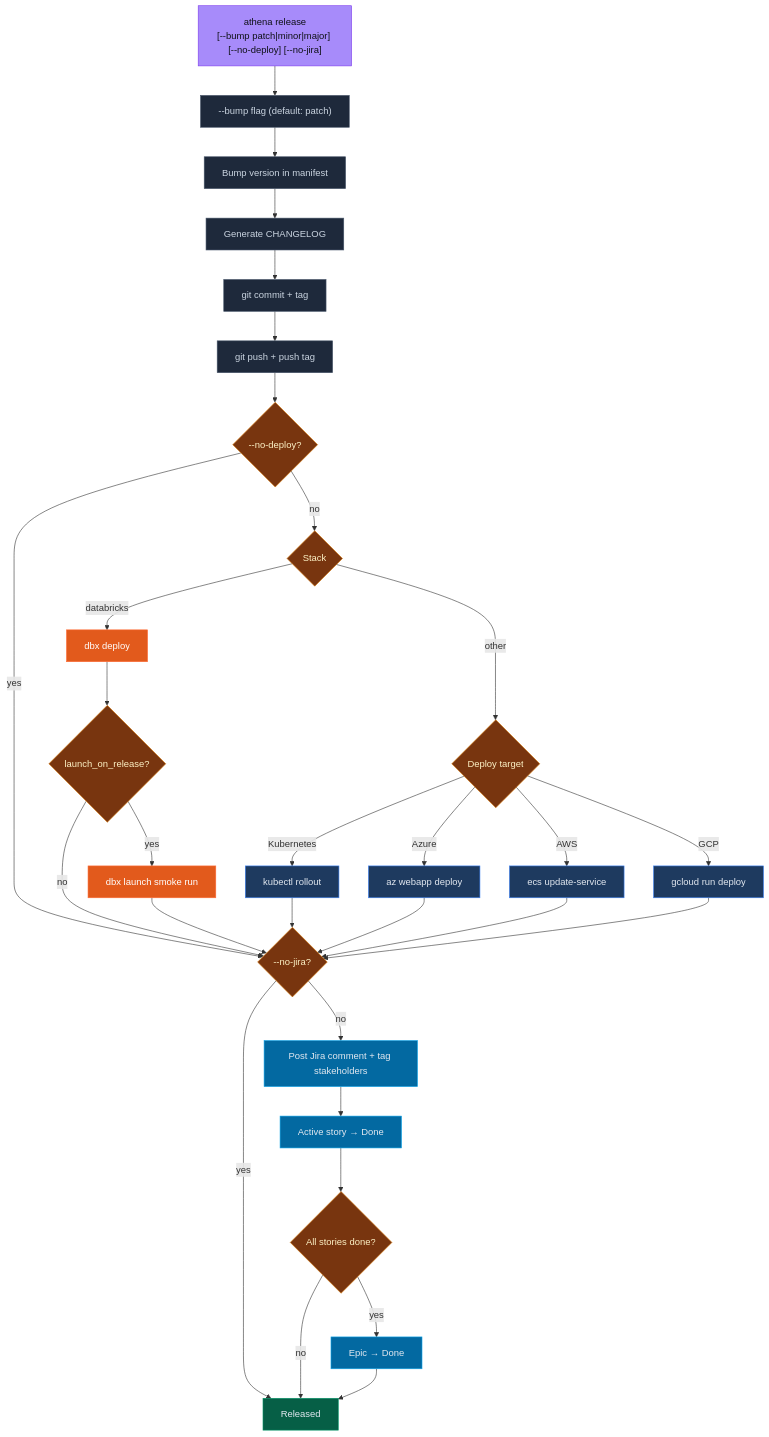
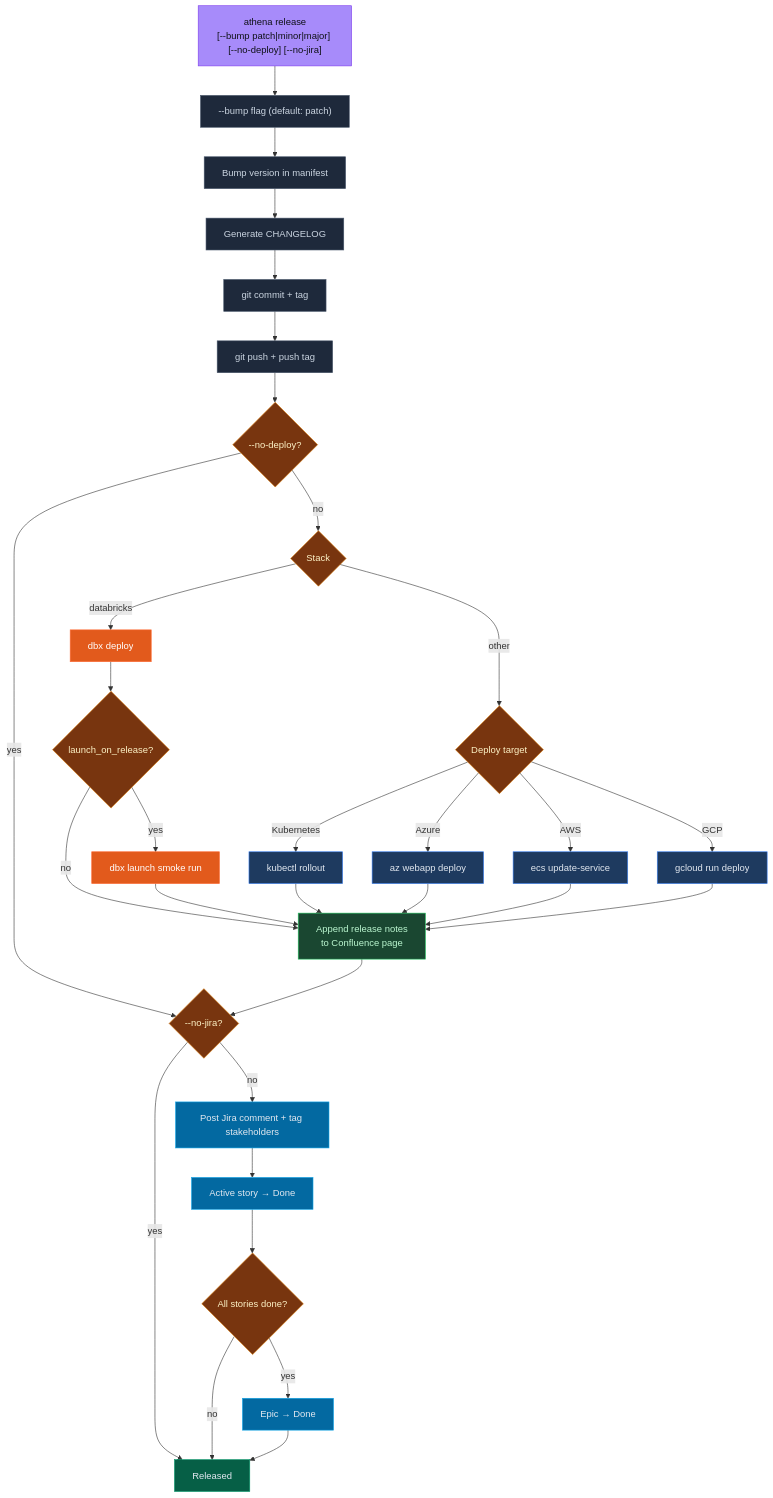
One commit to erosrage/Athena changed the fifth of 7 diagrams in README.md. Above: the diagram before and after it, drawn with Mermaid. The commit also changed other lines of this file and 6 other files, not shown here.

````diff
--- a/README.md
+++ b/README.md
@@ -230,37 +224,39 @@
 ```mermaid
 flowchart TD
     A["athena release\n[--bump patch|minor|major] [--no-deploy] [--no-jira]"]:::entry
     A --> B["--bump flag (default: patch)"]:::action
     B --> C["Bump version in manifest"]:::action
     C --> D["Generate CHANGELOG"]:::action
     D --> E["git commit + tag"]:::action
     E --> F["git push + push tag"]:::action
     F --> ND{"--no-deploy?"}:::decision
     ND -->|"yes"| NJ
     ND -->|"no"| ST{"Stack"}:::decision
     ST -->|"databricks"| DB1["dbx deploy"]:::dbx
     DB1 --> DB2{"launch_on_release?"}:::decision
     DB2 -->|"yes"| DB3["dbx launch smoke run"]:::dbx
-    DB2 -->|"no"| NJ
-    DB3 --> NJ
+    DB2 -->|"no"| WK
+    DB3 --> WK
     ST -->|"other"| G{"Deploy target"}:::decision
     G -->|"Kubernetes"| H1["kubectl rollout"]:::deploy
     G -->|"Azure"| H2["az webapp deploy"]:::deploy
     G -->|"AWS"| H3["ecs update-service"]:::deploy
     G -->|"GCP"| H4["gcloud run deploy"]:::deploy
-    H1 & H2 & H3 & H4 --> NJ{"--no-jira?"}:::decision
+    H1 & H2 & H3 & H4 --> WK["Append release notes\nto Confluence page"]:::wiki
+    WK --> NJ{"--no-jira?"}:::decision
     NJ -->|"yes"| Z["Released"]:::done
     NJ -->|"no"| JC["Post Jira comment + tag stakeholders"]:::jira
     JC --> JS["Active story → Done"]:::jira
     JS --> JE{"All stories done?"}:::decision
     JE -->|"yes"| JED["Epic → Done"]:::jira
     JE -->|"no"| Z
     JED --> Z
     classDef entry fill:#a78bfa,stroke:#7c3aed,color:#0f1117
     classDef action fill:#1e293b,stroke:#475569,color:#cbd5e1
     classDef decision fill:#78350f,stroke:#d97706,color:#fef3c7
     classDef deploy fill:#1e3a5f,stroke:#3b82f6,color:#e2e8f0
     classDef done fill:#065f46,stroke:#059669,color:#e2e8f0
     classDef dbx fill:#e25a1c,stroke:#ff6b35,color:#fff
     classDef jira fill:#0369a1,stroke:#0ea5e9,color:#e2e8f0
+    classDef wiki fill:#1a4731,stroke:#22c55e,color:#bbf7d0
 ```
````
